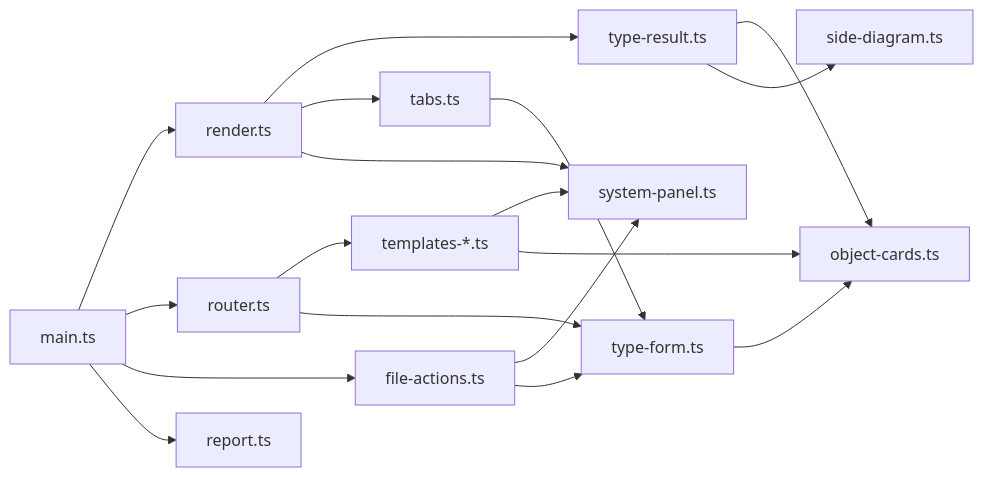
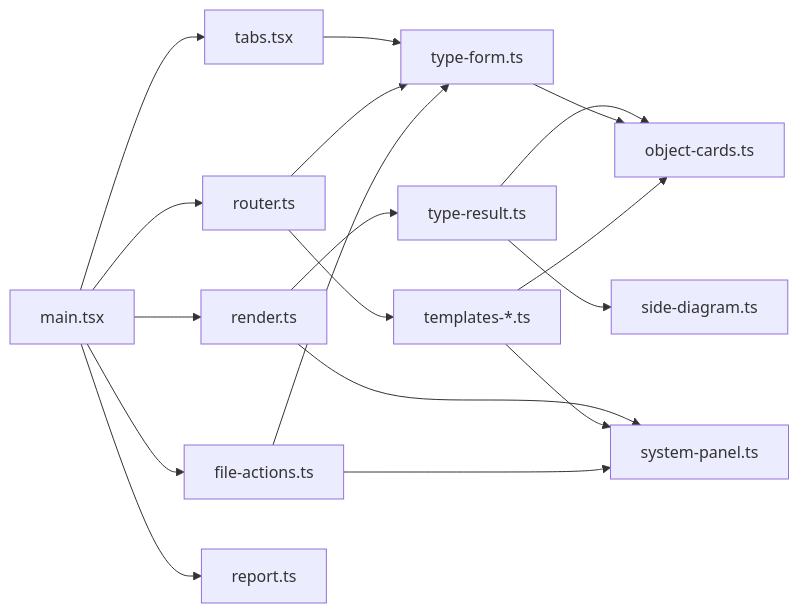
One commit to SergeyKrasnoslobodtsev/camera-calc changed the first of 2 diagrams in docs/architecture/modules/ui.md. Above: the diagram before and after it, drawn with Mermaid. The commit also changed other lines of this file and 7 other files, not shown here.

````diff
--- a/docs/architecture/modules/ui.md
+++ b/docs/architecture/modules/ui.md
@@ -28,20 +29,20 @@
 ```mermaid
 flowchart LR
-    main[main.ts] --> render[render.ts]
+    main[main.tsx] --> render[render.ts]
+    main --> tabs[tabs.tsx]
     main --> router[router.ts]
     main --> actions[file-actions.ts]
     main --> report[report.ts]
     render --> result[type-result.ts]
-    render --> tabs[tabs.ts]
     render --> panel[system-panel.ts]
     result --> cards[object-cards.ts]
     result --> diagram[side-diagram.ts]
     tabs --> form[type-form.ts]
     form --> cards
     router --> templates[templates-*.ts]
     router --> form
     templates --> panel
     templates --> cards
     actions --> panel
     actions --> form
 ```
````
